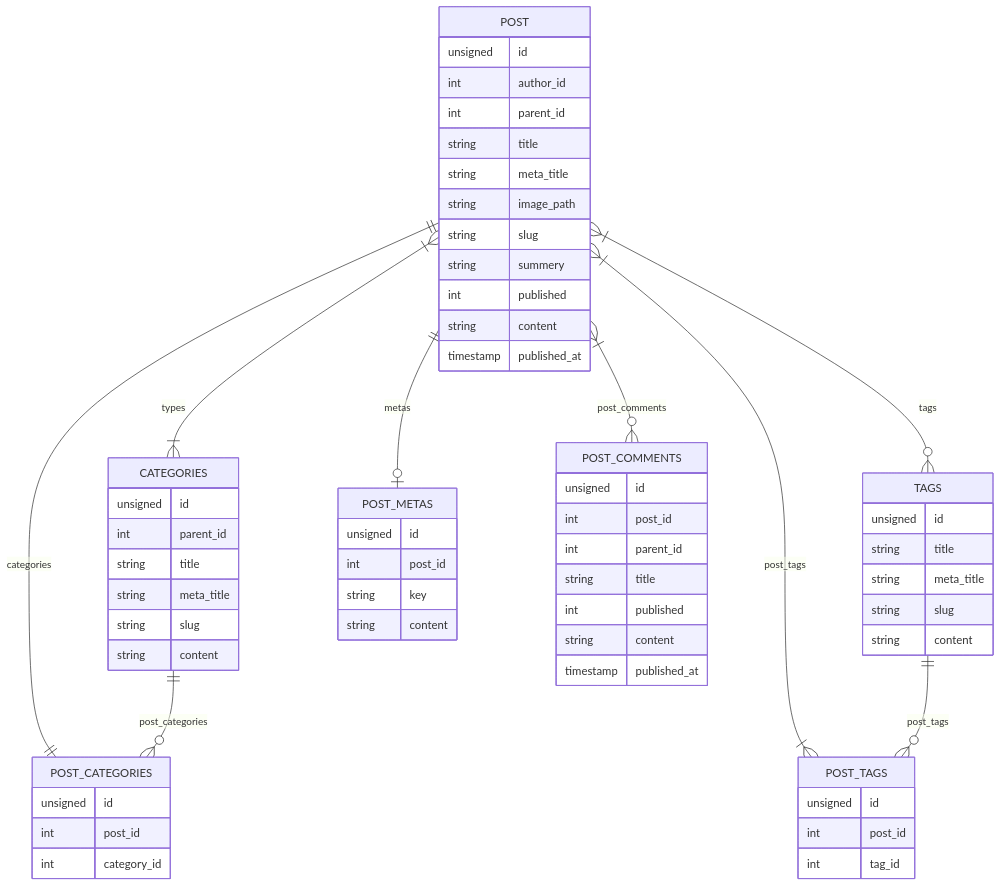
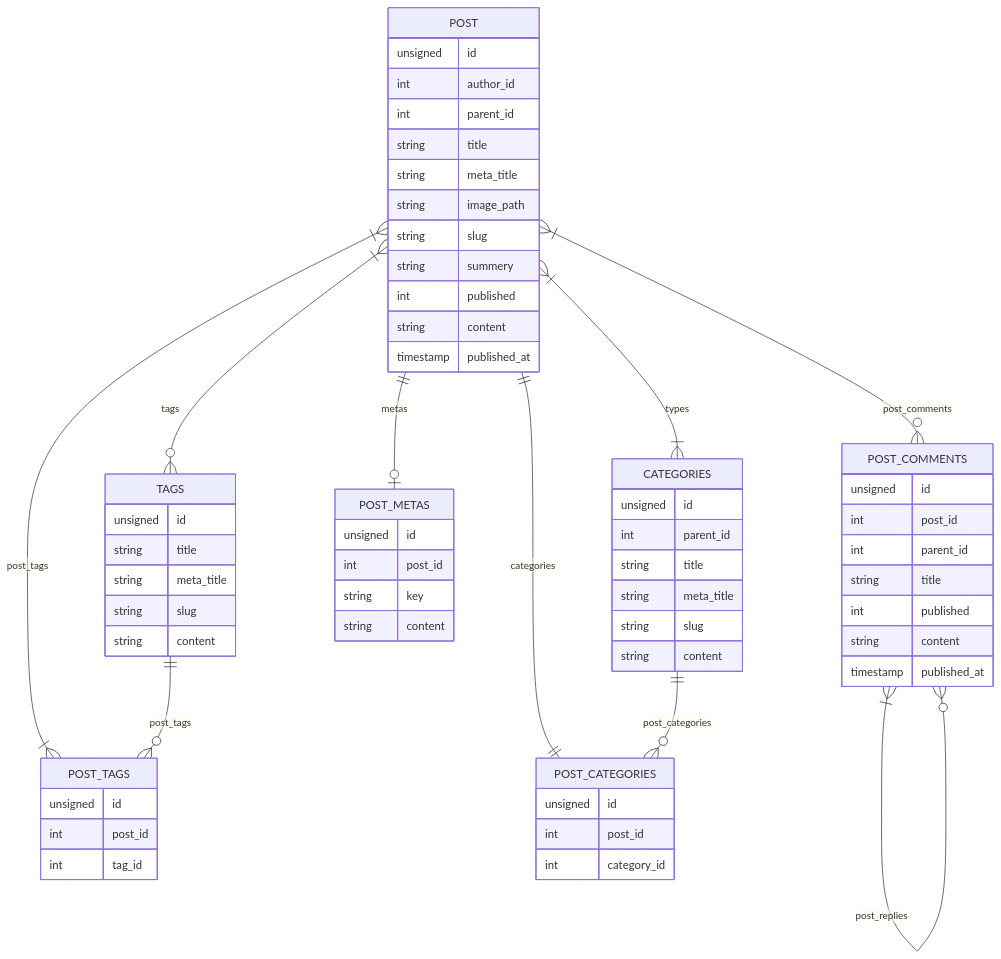
One commit to kaviruks/mermaid-ER-diagram changed the diagram in README.md. Above: the diagram before and after it, drawn with Mermaid.

````diff
--- a/README.md
+++ b/README.md
@@ -86,5 +86,6 @@
     
     POST ||--o| POST_METAS : metas
     POST }|--o{ POST_COMMENTS : post_comments
+    POST_COMMENTS }|--o{ POST_COMMENTS : post_replies
 	
 ```
````
